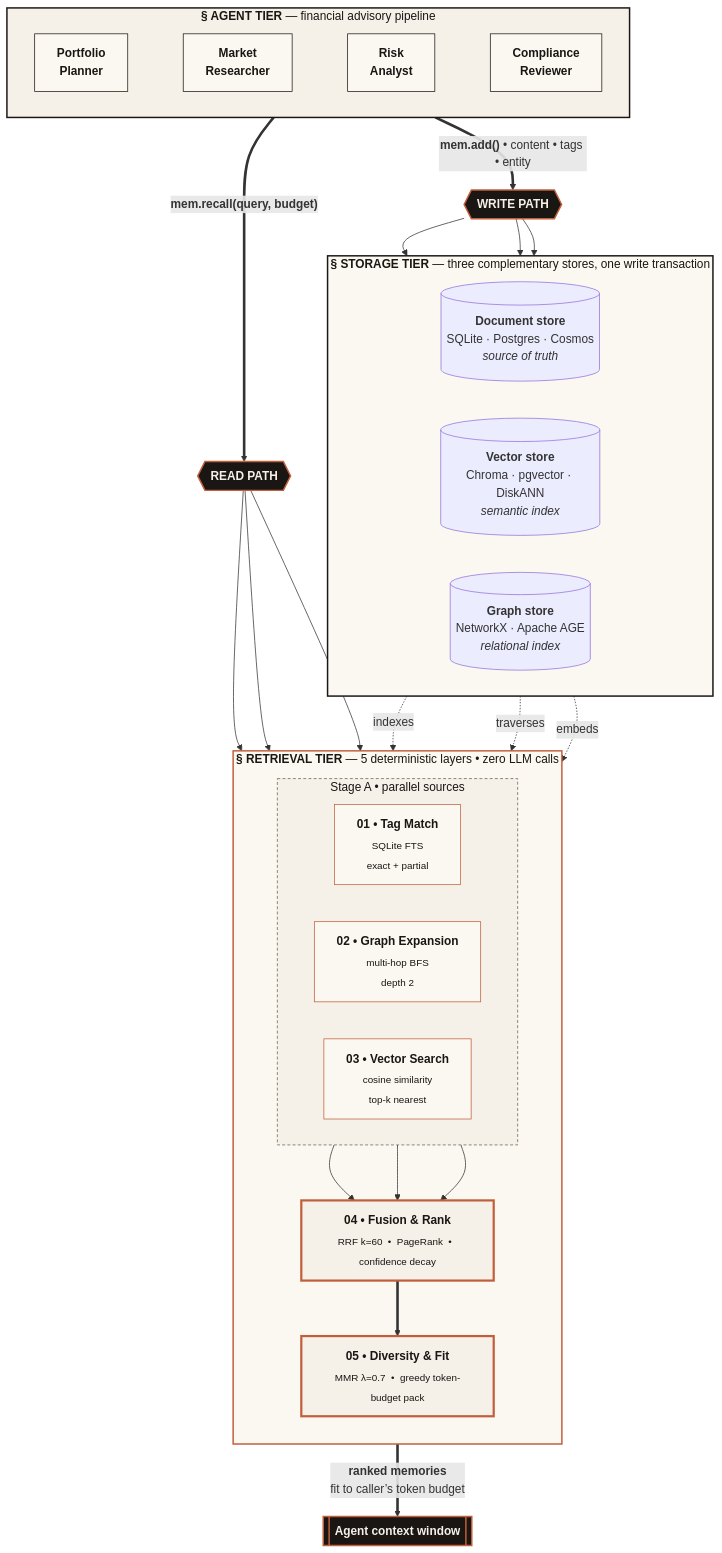
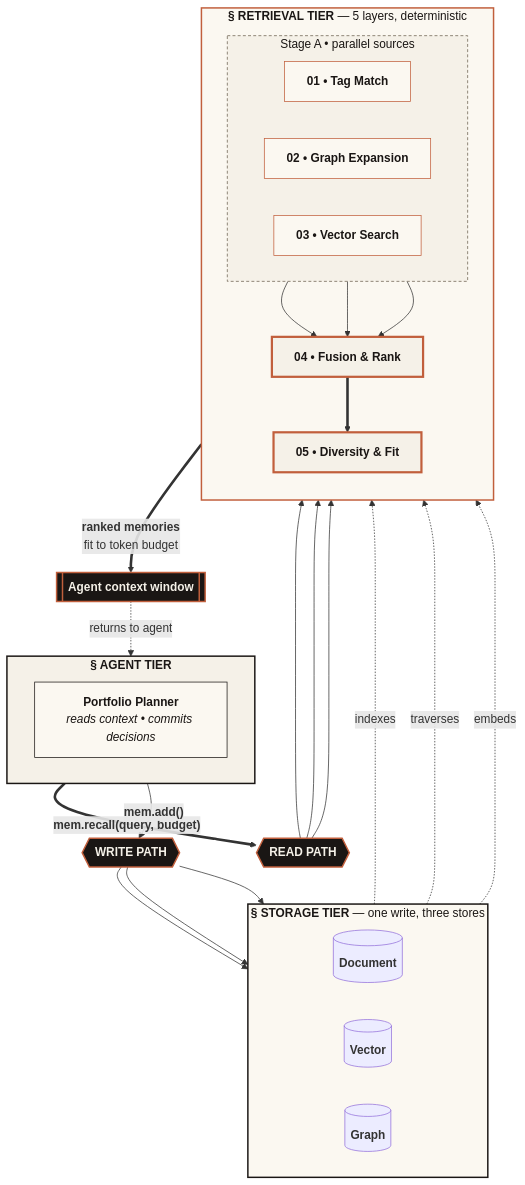
Before and after one commit to bolnet/attestor: the first of 10 diagrams in README.md, drawn with Mermaid. The commit also changed other lines of this file, not shown here.

Commit message:
docs: simplify at-a-glance diagram — single agent, stripped sub-labels, closed context loop

````diff
--- a/README.md
+++ b/README.md
@@ -40,78 +40,72 @@
 ```mermaid
 flowchart TB
     %% === AGENT TIER ===
-    subgraph AGENTS [<b>&sect; AGENT TIER</b> &mdash; financial advisory pipeline]
+    subgraph AGENTS [<b>&sect; AGENT TIER</b>]
         direction LR
-        A1[<b>Portfolio<br/>Planner</b>]
-        A2[<b>Market<br/>Researcher</b>]
-        A3[<b>Risk<br/>Analyst</b>]
-        A4[<b>Compliance<br/>Reviewer</b>]
-        A1 ~~~ A2 ~~~ A3 ~~~ A4
+        A1[<b>Portfolio Planner</b><br/><i>reads context &bull; commits decisions</i>]
     end
 
     %% === API SURFACE ===
-    AGENTS ==>|"<b>mem.add()</b> &bull; content &bull; tags &bull; entity"| WRITE{{<b>WRITE PATH</b>}}
-    AGENTS ==>|"<b>mem.recall(query, budget)</b>"| READ{{<b>READ PATH</b>}}
+    A1 ==>|"<b>mem.recall(query, budget)</b>"| READ{{<b>READ PATH</b>}}
+    A1 -->|"<b>mem.add()</b>"| WRITE{{<b>WRITE PATH</b>}}
 
     %% === STORAGE TIER ===
-    subgraph STORAGE [<b>&sect; STORAGE TIER</b> &mdash; three complementary stores, one write transaction]
+    subgraph STORAGE [<b>&sect; STORAGE TIER</b> &mdash; one write, three stores]
         direction LR
-        S1[("<b>Document store</b><br/>SQLite · Postgres · Cosmos<br/><i>source of truth</i>")]
-        S2[("<b>Vector store</b><br/>Chroma · pgvector · DiskANN<br/><i>semantic index</i>")]
-        S3[("<b>Graph store</b><br/>NetworkX · Apache AGE<br/><i>relational index</i>")]
+        S1[("<b>Document</b>")]
+        S2[("<b>Vector</b>")]
+        S3[("<b>Graph</b>")]
     end
 
     WRITE --> S1
     WRITE --> S2
     WRITE --> S3
 
     %% === RETRIEVAL TIER ===
-    subgraph RETRIEVAL [<b>&sect; RETRIEVAL TIER</b> &mdash; 5 deterministic layers &bull; zero LLM calls]
+    subgraph RETRIEVAL [<b>&sect; RETRIEVAL TIER</b> &mdash; 5 layers, deterministic]
         direction TB
 
         subgraph SOURCES [Stage A &bull; parallel sources]
             direction LR
-            L1[<b>01 &bull; Tag Match</b><br/><sub>SQLite FTS<br/>exact + partial</sub>]
-            L2[<b>02 &bull; Graph Expansion</b><br/><sub>multi-hop BFS<br/>depth 2</sub>]
-            L3[<b>03 &bull; Vector Search</b><br/><sub>cosine similarity<br/>top-k nearest</sub>]
+            L1[<b>01 &bull; Tag Match</b>]
+            L2[<b>02 &bull; Graph Expansion</b>]
+            L3[<b>03 &bull; Vector Search</b>]
         end
 
-        L4[<b>04 &bull; Fusion &amp; Rank</b><br/><sub>RRF k=60 &nbsp;&bull;&nbsp; PageRank &nbsp;&bull;&nbsp; confidence decay</sub>]
-        L5[<b>05 &bull; Diversity &amp; Fit</b><br/><sub>MMR &lambda;=0.7 &nbsp;&bull;&nbsp; greedy token-budget pack</sub>]
+        L4[<b>04 &bull; Fusion &amp; Rank</b>]
+        L5[<b>05 &bull; Diversity &amp; Fit</b>]
 
         L1 --> L4
         L2 --> L4
         L3 --> L4
         L4 ==> L5
     end
 
     %% read fan-out and storage wiring
     READ --> L1
     READ --> L2
     READ --> L3
 
     S1 -. indexes .-> L1
     S3 -. traverses .-> L2
     S2 -. embeds .-> L3
 
     %% === OUTPUT ===
-    L5 ==>|<b>ranked memories</b><br/>fit to caller&rsquo;s token budget| CTX[[<b>Agent context window</b>]]
+    L5 ==>|<b>ranked memories</b><br/>fit to token budget| CTX[[<b>Agent context window</b>]]
+    CTX -. returns to agent .-> A1
 
     %% === STYLING ===
     style AGENTS    fill:#F5F1E8,stroke:#1A1614,stroke-width:2px,color:#1A1614
     style A1        fill:#FBF8F1,stroke:#1A1614,color:#1A1614
-    style A2        fill:#FBF8F1,stroke:#1A1614,color:#1A1614
-    style A3        fill:#FBF8F1,stroke:#1A1614,color:#1A1614
-    style A4        fill:#FBF8F1,stroke:#1A1614,color:#1A1614
     style STORAGE   fill:#FBF8F1,stroke:#1A1614,stroke-width:2px,color:#1A1614
     style RETRIEVAL fill:#FBF8F1,stroke:#C15F3C,stroke-width:2px,color:#1A1614
     style SOURCES   fill:#F5F1E8,stroke:#6B5F4F,stroke-dasharray:4 3,color:#1A1614
     style WRITE     fill:#1A1614,stroke:#C15F3C,stroke-width:2px,color:#F5F1E8
     style READ      fill:#1A1614,stroke:#C15F3C,stroke-width:2px,color:#F5F1E8
     style L1        fill:#FBF8F1,stroke:#C15F3C,color:#1A1614
     style L2        fill:#FBF8F1,stroke:#C15F3C,color:#1A1614
     style L3        fill:#FBF8F1,stroke:#C15F3C,color:#1A1614
     style L4        fill:#F5F1E8,stroke:#C15F3C,stroke-width:3px,color:#1A1614
     style L5        fill:#F5F1E8,stroke:#C15F3C,stroke-width:3px,color:#1A1614
     style CTX       fill:#1A1614,stroke:#C15F3C,stroke-width:2px,color:#F5F1E8
 ```
````
